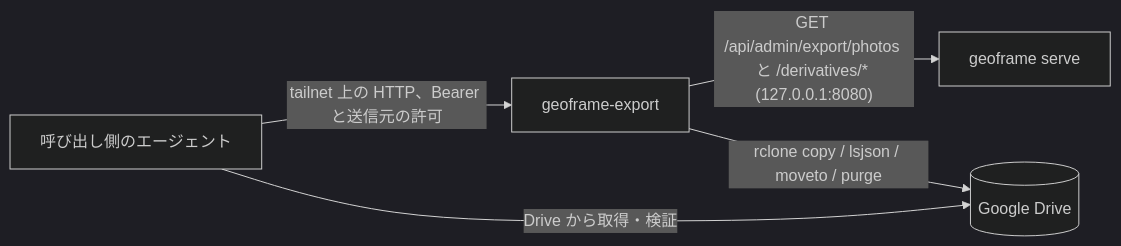
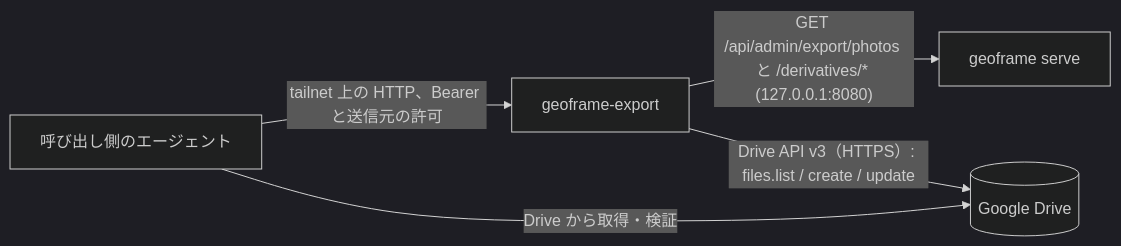
The diagram in docs/note-photo-export/design.md (ysogabe/geoframe), drawn with Mermaid (dark theme) before and after one commit. The commit also changed other lines of this file and 7 other files, not shown here.

First line of the commit message:
docs(export): deploy/README.md §8 を Drive API 版の手順に書き直し、design・PRD・drive-api・CI の rclone の説明を直す

````diff
--- a/docs/note-photo-export/design.md
+++ b/docs/note-photo-export/design.md
@@ -184,7 +184,7 @@
 ```mermaid
 flowchart LR
   D[呼び出し側のエージェント] -- "tailnet 上の HTTP、Bearer と送信元の許可" --> E[geoframe-export]
   E -- "GET /api/admin/export/photos と /derivatives/* (127.0.0.1:8080)" --> G[geoframe serve]
-  E -- "rclone copy / lsjson / moveto / purge" --> R[(Google Drive)]
+  E -- "Drive API v3（HTTPS）: files.list / create / update" --> R[(Google Drive)]
   D -- "Drive から取得・検証" --> R
 ```
````
